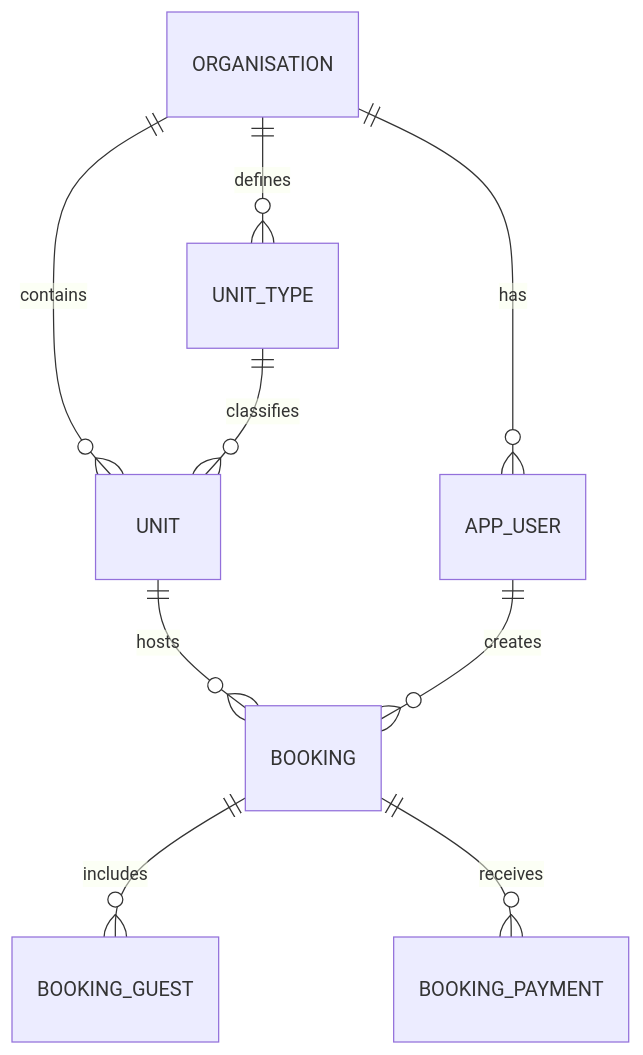
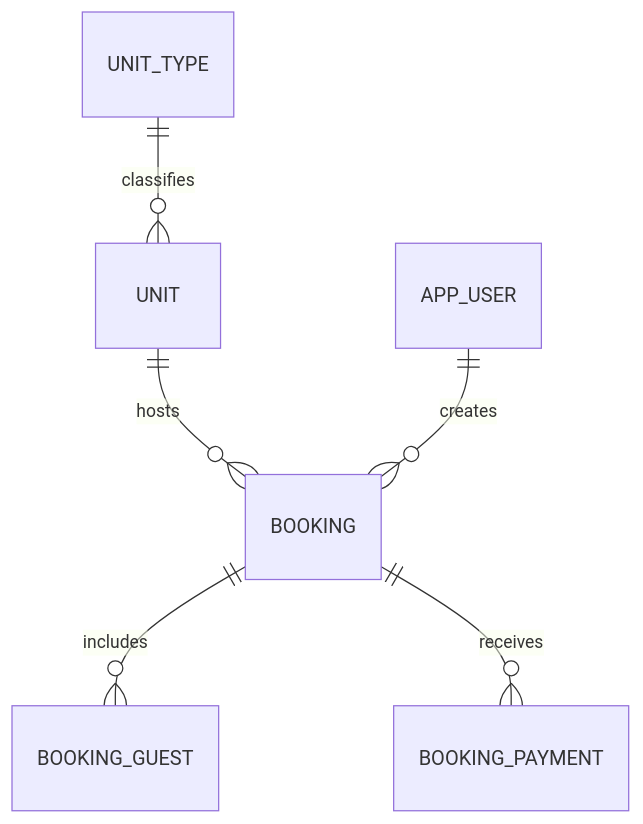
One commit to afzalIbnSH/lodgekeeper changed the diagram in docs/database-design.md. Above: the diagram before and after it, drawn with Mermaid. The commit also changed other lines of this file and 2 other files, not shown here.

````diff
--- a/docs/database-design.md
+++ b/docs/database-design.md
@@ -5,11 +7,8 @@
 ```mermaid
 erDiagram
-    ORGANISATION ||--o{ APP_USER : has
-    ORGANISATION ||--o{ UNIT_TYPE : defines
-    ORGANISATION ||--o{ UNIT : contains
     UNIT_TYPE ||--o{ UNIT : classifies
     UNIT ||--o{ BOOKING : hosts
     APP_USER ||--o{ BOOKING : creates
     BOOKING ||--o{ BOOKING_GUEST : includes
     BOOKING ||--o{ BOOKING_PAYMENT : receives
 ```
````
